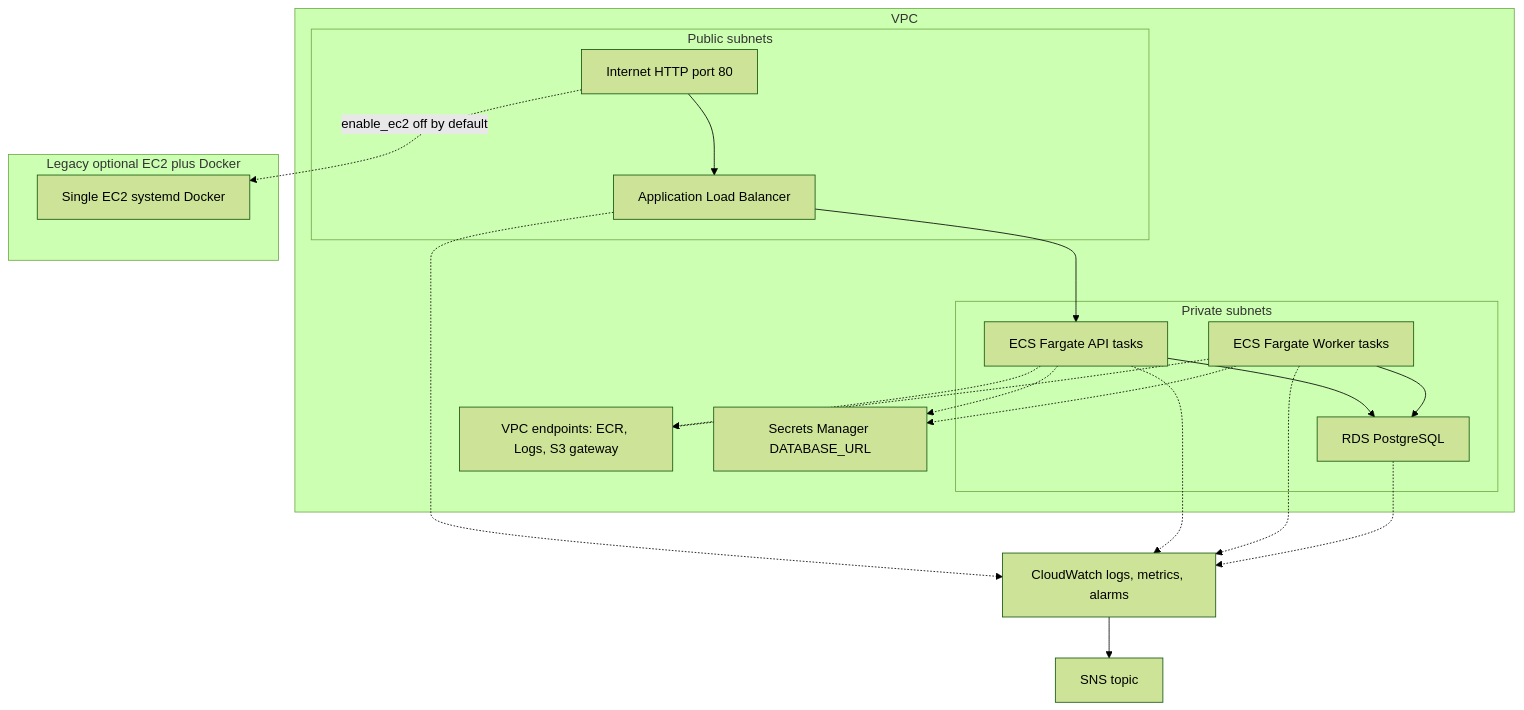
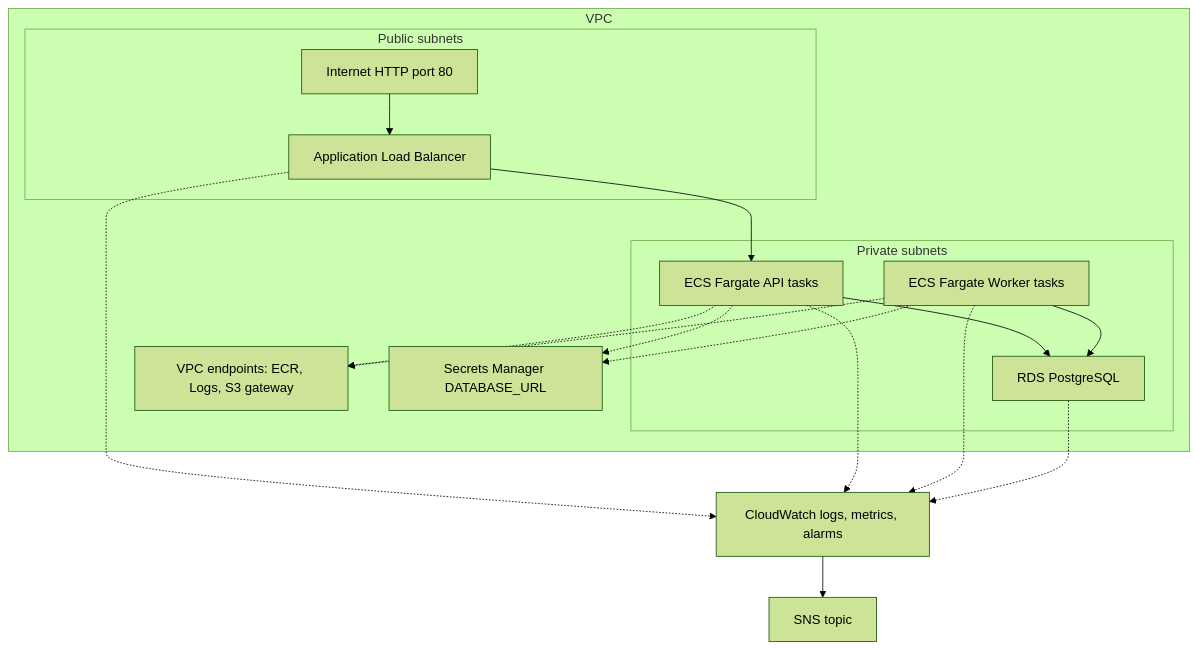
The first of 3 diagrams in README.md (MPeets/cloud-native-deployment-platform), drawn with Mermaid (forest theme) before and after one commit. The commit also changed other lines of this file and 19 other files, not shown here.

First line of the commit message:
chore(k8s): remove Helm charts and K8s CI workflow

````diff
--- a/README.md
+++ b/README.md
@@ -11,39 +11,34 @@
 ```mermaid
 flowchart TB
   subgraph vpc [VPC]
     subgraph publicSubnets [Public subnets]
       internet[Internet HTTP port 80]
       alb[Application Load Balancer]
     end
     subgraph privateSubnets [Private subnets]
       apiTasks[ECS Fargate API tasks]
       workerTasks[ECS Fargate Worker tasks]
       rds[RDS PostgreSQL]
     end
     endpoints[VPC endpoints: ECR, Logs, S3 gateway]
     secrets[Secrets Manager DATABASE_URL]
   end
 
   cloudwatch[CloudWatch logs, metrics, alarms]
   snsTopic[SNS topic]
 
   internet --> alb
   alb --> apiTasks
   apiTasks --> rds
   workerTasks --> rds
   apiTasks -.-> secrets
   workerTasks -.-> secrets
   apiTasks -.-> endpoints
   workerTasks -.-> endpoints
 
   alb -.-> cloudwatch
   apiTasks -.-> cloudwatch
   workerTasks -.-> cloudwatch
   rds -.-> cloudwatch
   cloudwatch --> snsTopic
-
-  subgraph legacyPath [Legacy optional EC2 plus Docker]
-    ec2Host[Single EC2 systemd Docker]
-  end
-  internet -.->|enable_ec2 off by default| ec2Host
 ```
````
